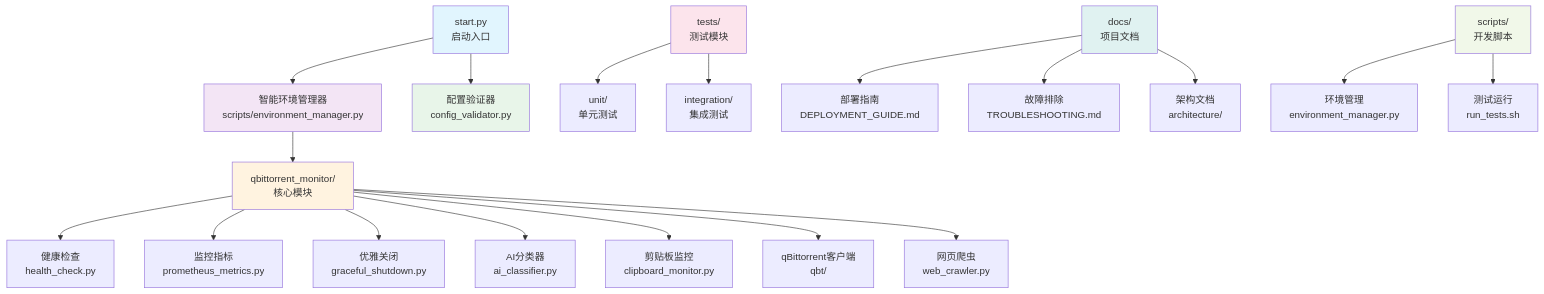
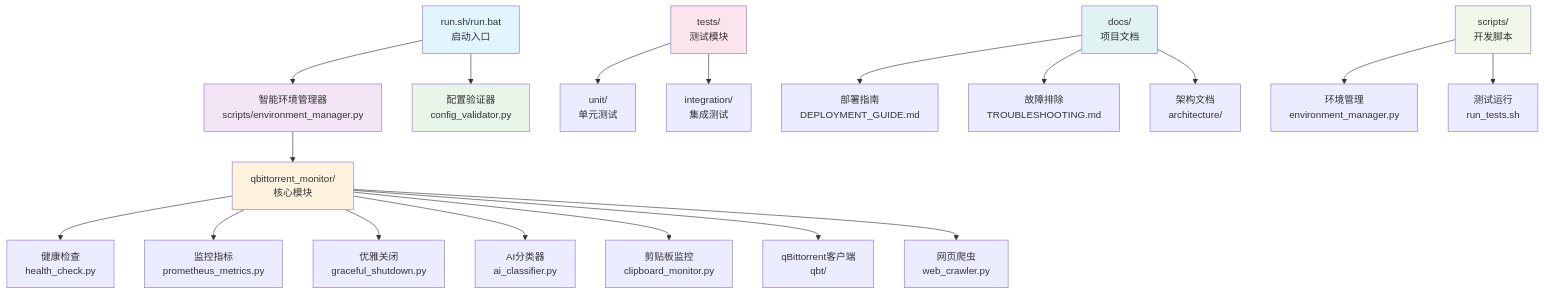
One commit to ashllll/qbittorrent-clipboard-monitor changed the diagram in README.md. Above: the diagram before and after it, drawn with Mermaid. The commit also changed other lines of this file and 2 other files, not shown here.

````diff
--- a/README.md
+++ b/README.md
@@ -258,32 +304,32 @@
 ```mermaid
 graph TB
-    A[start.py<br/>启动入口] --> B[智能环境管理器<br/>scripts/environment_manager.py]
+    A[run.sh/run.bat<br/>启动入口] --> B[智能环境管理器<br/>scripts/environment_manager.py]
     A --> C[配置验证器<br/>config_validator.py]
     B --> D[qbittorrent_monitor/<br/>核心模块]
 
     D --> D1[健康检查<br/>health_check.py]
     D --> D2[监控指标<br/>prometheus_metrics.py]
     D --> D3[优雅关闭<br/>graceful_shutdown.py]
     D --> D4[AI分类器<br/>ai_classifier.py]
     D --> D5[剪贴板监控<br/>clipboard_monitor.py]
     D --> D6[qBittorrent客户端<br/>qbt/]
     D --> D7[网页爬虫<br/>web_crawler.py]
 
     E[tests/<br/>测试模块] --> E1[unit/<br/>单元测试]
     E --> E2[integration/<br/>集成测试]
 
     F[docs/<br/>项目文档] --> F1[部署指南<br/>DEPLOYMENT_GUIDE.md]
     F --> F2[故障排除<br/>TROUBLESHOOTING.md]
     F --> F3[架构文档<br/>architecture/]
 
     G[scripts/<br/>开发脚本] --> G1[环境管理<br/>environment_manager.py]
     G --> G2[测试运行<br/>run_tests.sh]
 
     style A fill:#e1f5fe
     style B fill:#f3e5f5
     style C fill:#e8f5e9
     style D fill:#fff3e0
     style E fill:#fce4ec
     style F fill:#e0f2f1
     style G fill:#f1f8e9
 ```
````
